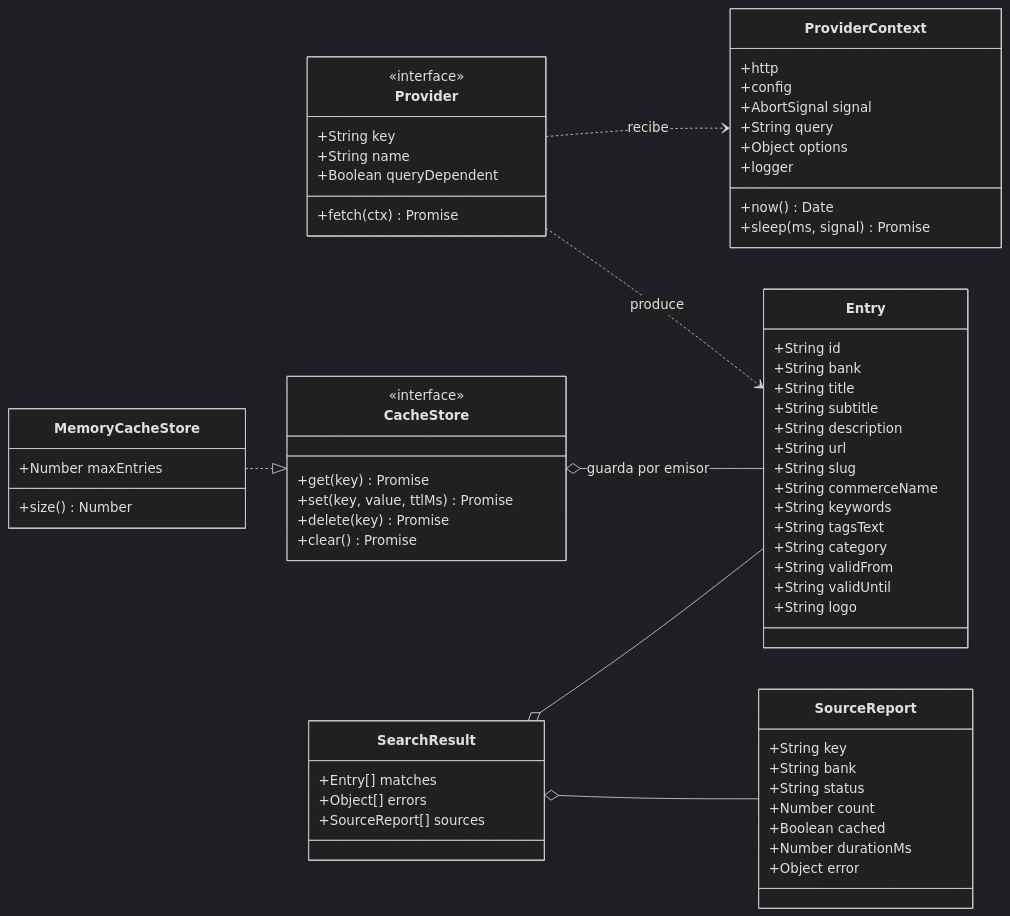
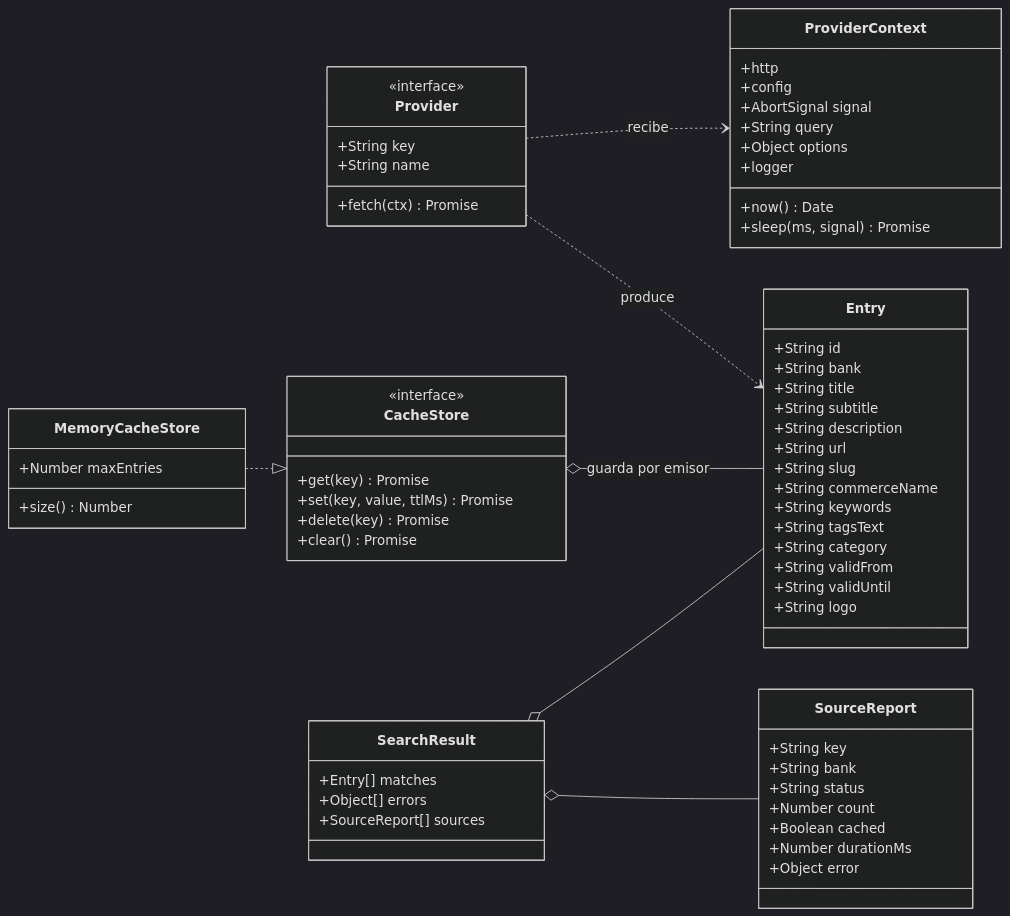
Before and after one commit to sebcld/benefits-aggregator-cl: the first of 2 diagrams in docs/arquitectura/06-modelo-dominio.md, drawn with Mermaid (dark theme). The commit also changed other lines of this file and 24 other files, not shown here.

````diff
--- a/docs/arquitectura/06-modelo-dominio.md
+++ b/docs/arquitectura/06-modelo-dominio.md
@@ -7,69 +7,68 @@
 ```mermaid
 classDiagram
   direction LR
   class Entry {
     +String id
     +String bank
     +String title
     +String subtitle
     +String description
     +String url
     +String slug
     +String commerceName
     +String keywords
     +String tagsText
     +String category
     +String validFrom
     +String validUntil
     +String logo
   }
   class Provider {
     <<interface>>
     +String key
     +String name
-    +Boolean queryDependent
     +fetch(ctx) Promise
   }
   class ProviderContext {
     +http
     +config
     +now() Date
     +sleep(ms, signal) Promise
     +AbortSignal signal
     +String query
     +Object options
     +logger
   }
   class CacheStore {
     <<interface>>
     +get(key) Promise
     +set(key, value, ttlMs) Promise
     +delete(key) Promise
     +clear() Promise
   }
   class MemoryCacheStore {
     +Number maxEntries
     +size() Number
   }
   class SourceReport {
     +String key
     +String bank
     +String status
     +Number count
     +Boolean cached
     +Number durationMs
     +Object error
   }
   class SearchResult {
     +Entry[] matches
     +Object[] errors
     +SourceReport[] sources
   }
 
   Provider ..> ProviderContext : recibe
   Provider ..> Entry : produce
   MemoryCacheStore ..|> CacheStore
   CacheStore o-- Entry : guarda por emisor
   SearchResult o-- Entry
   SearchResult o-- SourceReport
 ```
````
